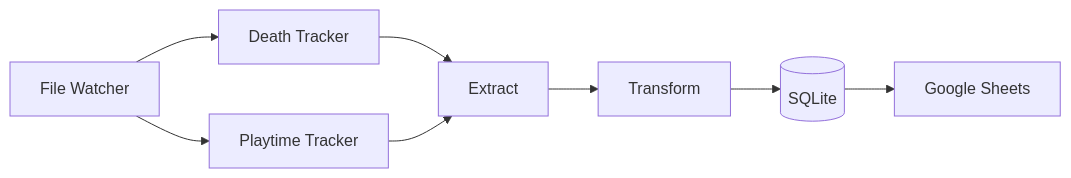
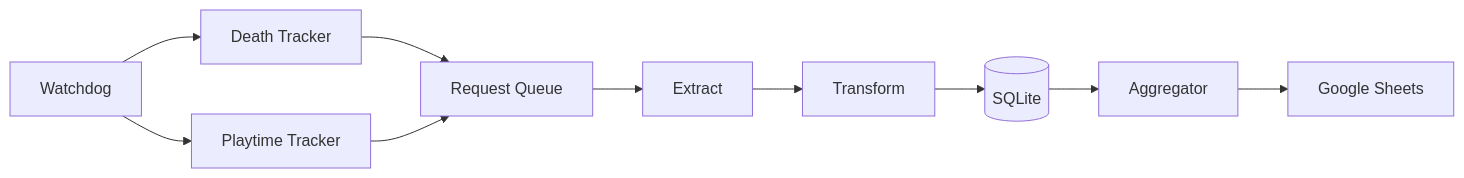
The first of 2 diagrams in README.md (LeviTemoteo/gd-Pipeline), drawn with Mermaid before and after one commit. The commit also changed other lines of this file, not shown here.

````diff
--- a/README.md
+++ b/README.md
@@ -32,23 +37,32 @@
 ```mermaid
 flowchart LR
 
-W[File Watcher]
+    W[Watchdog]
 
-DT[Death Tracker]
-TT[Playtime Tracker]
+    DT[Death Tracker]
+    PT[Playtime Tracker]
 
-EX[Extract]
-TR[Transform]
-DB[(SQLite)]
-GS[Google Sheets]
+    Q[Request Queue]
 
-W --> DT
-W --> TT
+    EX[Extract]
+    TR[Transform]
 
-DT --> EX
-TT --> EX
+    DB[(SQLite)]
 
-EX --> TR
-TR --> DB
-DB --> GS
+    AG[Aggregator]
+
+    GS[Google Sheets]
+
+    W --> DT
+    W --> PT
+
+    DT --> Q
+    PT --> Q
+
+    Q --> EX
+    EX --> TR
+    TR --> DB
+
+    DB --> AG
+    AG --> GS
 ```
````
